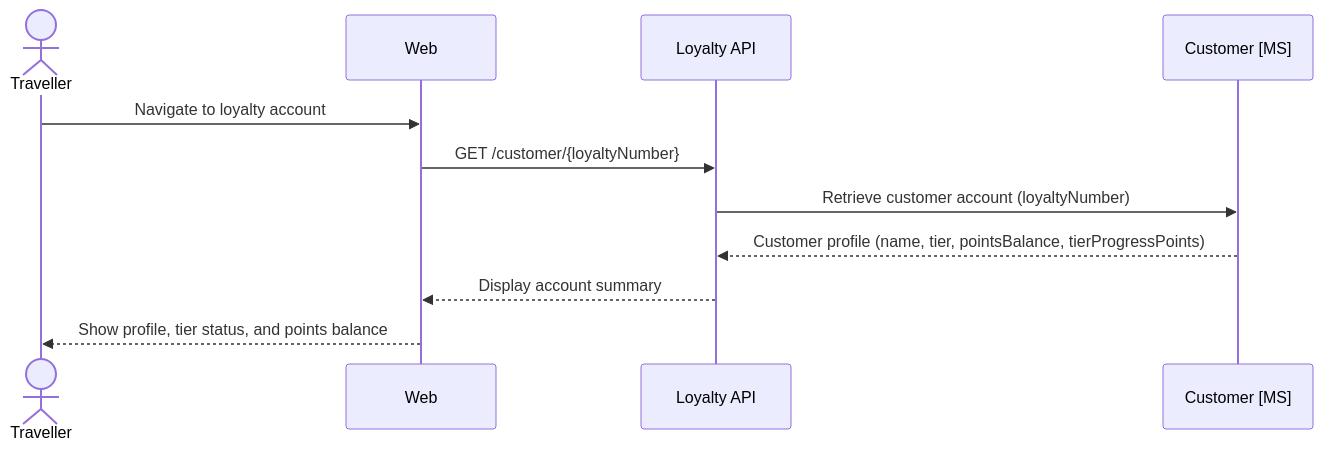
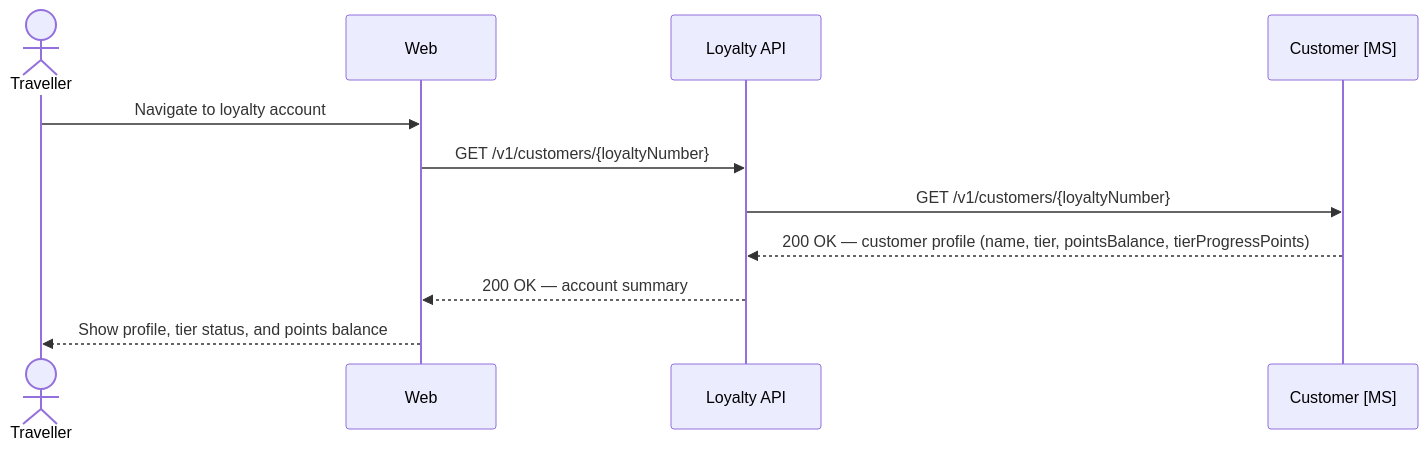
Before and after one commit to sebharvey/airline-reservation-system: the tenth of 12 diagrams in architecture/design.md, drawn with Mermaid. The commit also changed other lines of this file, not shown here.

````diff
--- a/architecture/design.md
+++ b/architecture/design.md
@@ -1489,15 +1529,15 @@
 ```mermaid
 sequenceDiagram
     actor Traveller
     participant Web
     participant LoyaltyAPI as Loyalty API
     participant CustomerMS as Customer [MS]
 
     Traveller->>Web: Navigate to loyalty account
 
-    Web->>LoyaltyAPI: GET /customer/{loyaltyNumber}
-    LoyaltyAPI->>CustomerMS: Retrieve customer account (loyaltyNumber)
-    CustomerMS-->>LoyaltyAPI: Customer profile (name, tier, pointsBalance, tierProgressPoints)
-    LoyaltyAPI-->>Web: Display account summary
+    Web->>LoyaltyAPI: GET /v1/customers/{loyaltyNumber}
+    LoyaltyAPI->>CustomerMS: GET /v1/customers/{loyaltyNumber}
+    CustomerMS-->>LoyaltyAPI: 200 OK — customer profile (name, tier, pointsBalance, tierProgressPoints)
+    LoyaltyAPI-->>Web: 200 OK — account summary
     Web-->>Traveller: Show profile, tier status, and points balance
 ```
````
